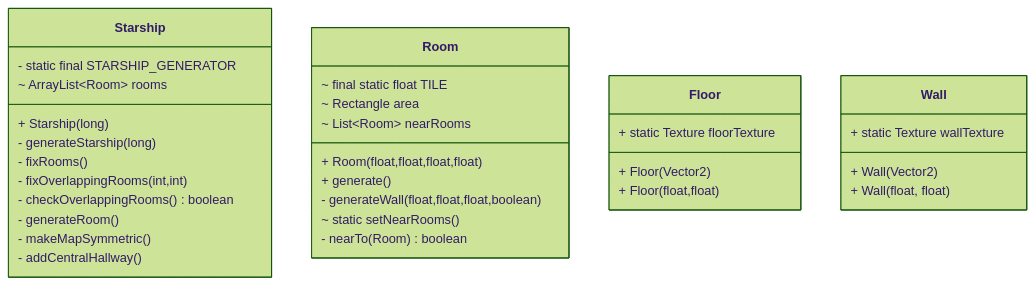
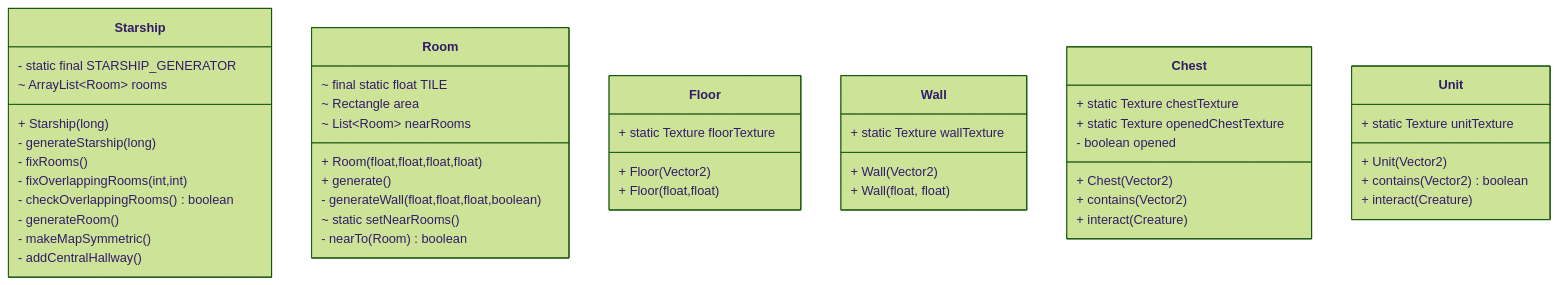
The diagram in core/src/com/pixelstar/terrain/README.md (StrangeClone/PixelStars), drawn with Mermaid (forest theme) before and after one commit. The commit also changed 18 other files, not shown here.

````diff
--- a/core/src/com/pixelstar/terrain/README.md
+++ b/core/src/com/pixelstar/terrain/README.md
@@ -4,35 +4,49 @@
 ```mermaid
 classDiagram
 class Starship{
     - static final STARSHIP_GENERATOR
     ~ ArrayList~Room~ rooms
     + Starship(long)
     - generateStarship(long)
     - fixRooms()
     - fixOverlappingRooms(int,int)
     - checkOverlappingRooms() boolean
     - generateRoom()
     - makeMapSymmetric()
     - addCentralHallway()
 }
 class Room {
     ~ final static float TILE
     ~ Rectangle area
     ~ List~Room~ nearRooms
     + Room(float,float,float,float)
     + generate()
     - generateWall(float,float,float,boolean)
     ~ static setNearRooms()
     - nearTo(Room) boolean
 }
 class Floor {
     + static Texture floorTexture
     + Floor(Vector2)
     + Floor(float,float)
 }
 class Wall {
     + static Texture wallTexture
     + Wall(Vector2)
     + Wall(float, float)
 }
+class Chest {
+    + static Texture chestTexture
+    + static Texture openedChestTexture
+    - boolean opened
+    + Chest(Vector2)
+    + contains(Vector2)
+    + interact(Creature)
+}
+class Unit {
+    + static Texture unitTexture
+    + Unit(Vector2)
+    + contains(Vector2) boolean
+    + interact(Creature)
+}
 ```
````
